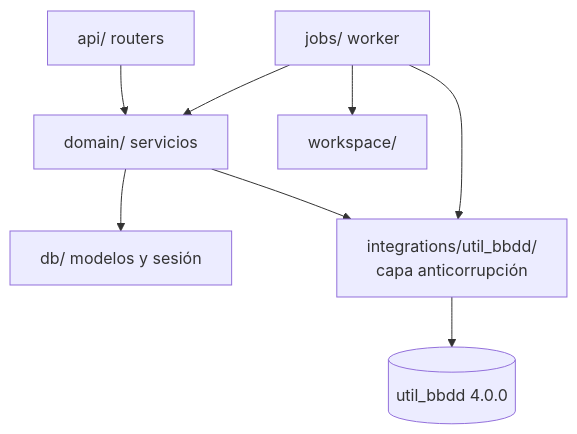
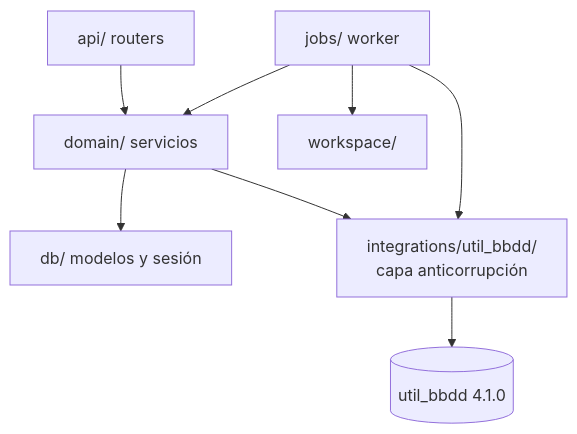
One commit to fmanza/util_bbdd_web changed the second of 2 diagrams in docs/architecture.md. Above: the diagram before and after it, drawn with Mermaid. The commit also changed 10 other files, not shown here.

First line of the commit message:
chore(backend): util_bbdd 4.1.0

````diff
--- a/docs/architecture.md
+++ b/docs/architecture.md
@@ -31,10 +31,10 @@
 ```mermaid
 flowchart TB
     api[api/ routers] --> domain[domain/ servicios]
     domain --> db[db/ modelos y sesión]
     domain --> integ[integrations/util_bbdd/<br/>capa anticorrupción]
     jobs[jobs/ worker] --> domain
     jobs --> integ
     jobs --> ws[workspace/]
-    integ --> lib[(util_bbdd 4.0.0)]
+    integ --> lib[(util_bbdd 4.1.0)]
 ```
````
